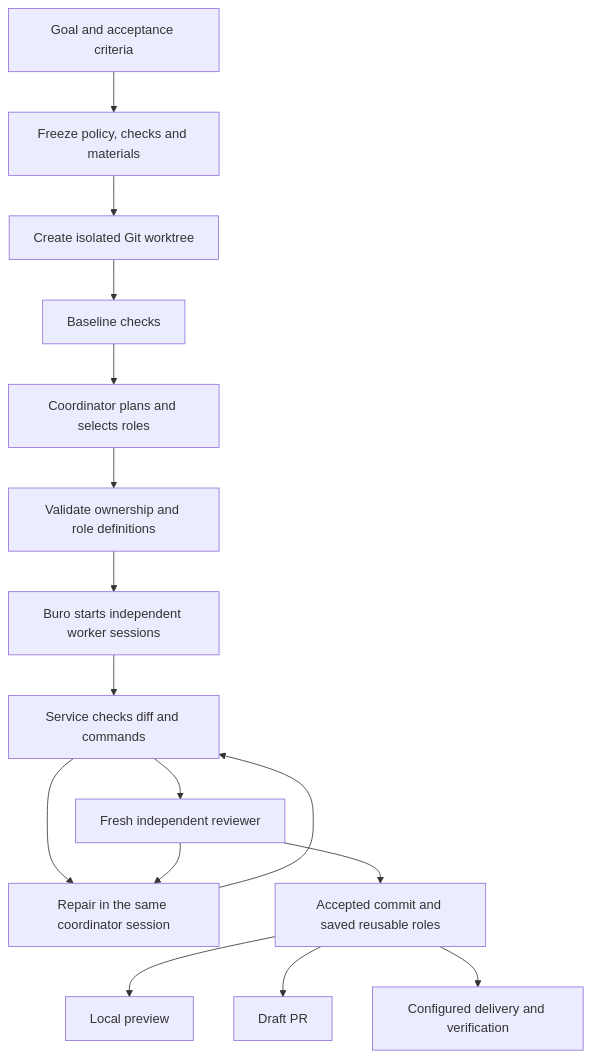
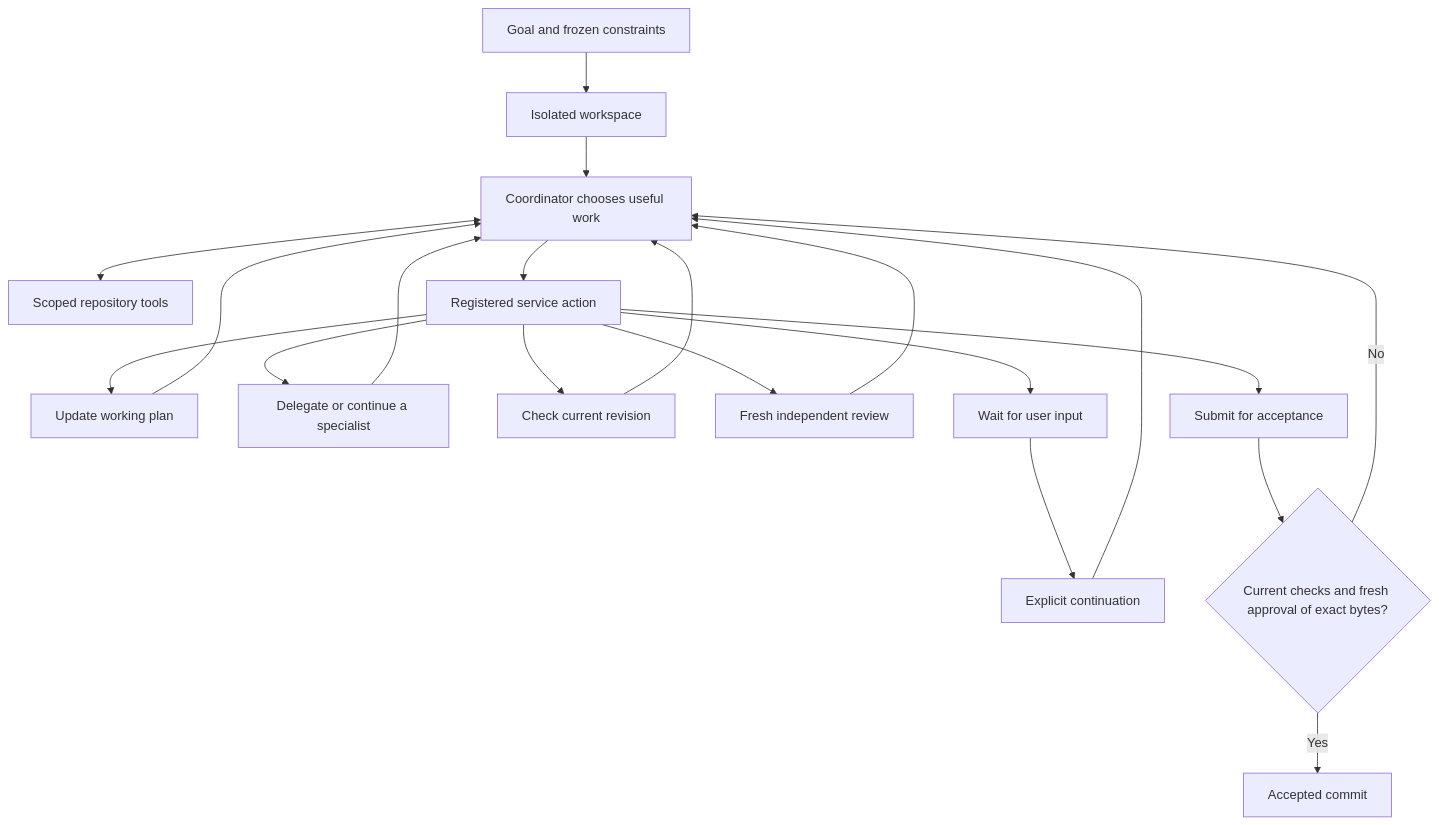
The diagram in GOAL-EXECUTION-POC.md (buro-hq/buro), drawn with Mermaid before and after one commit. The commit also changed other lines of this file and 127 other files, not shown here.

Commit message:
Let the coordinator choose execution actions

````diff
--- a/GOAL-EXECUTION-POC.md
+++ b/GOAL-EXECUTION-POC.md
@@ -7,18 +7,22 @@
 ```mermaid
 flowchart TD
-  Goal[Goal and acceptance criteria] --> Freeze[Freeze policy, checks and materials]
-  Freeze --> Workspace[Create isolated Git worktree]
-  Workspace --> Baseline[Baseline checks]
-  Baseline --> Plan[Coordinator plans and selects roles]
-  Plan --> Validate[Validate ownership and role definitions]
-  Validate --> Workers[Buro starts independent worker sessions]
-  Workers --> Checks[Service checks diff and commands]
-  Checks --> Review[Fresh independent reviewer]
-  Checks --> Repair[Repair in the same coordinator session]
-  Review --> Repair
-  Repair --> Checks
-  Review --> Accept[Accepted commit and saved reusable roles]
-  Accept --> Inspect[Local preview]
-  Accept --> PR[Draft PR]
-  Accept --> Delivery[Configured delivery and verification]
+  Goal[Goal and frozen constraints] --> Workspace[Isolated workspace]
+  Workspace --> AI[Coordinator chooses useful work]
+  AI <--> Tools[Scoped repository tools]
+  AI --> Actions[Registered service action]
+  Actions --> Plan[Update working plan]
+  Actions --> Delegate[Delegate or continue a specialist]
+  Actions --> Check[Check current revision]
+  Actions --> Review[Fresh independent review]
+  Actions --> Ask[Wait for user input]
+  Plan --> AI
+  Delegate --> AI
+  Check --> AI
+  Review --> AI
+  Ask --> Resume[Explicit continuation]
+  Resume --> AI
+  Actions --> Finish[Submit for acceptance]
+  Finish --> Guard{Current checks and fresh approval of exact bytes?}
+  Guard -->|No| AI
+  Guard -->|Yes| Accepted[Accepted commit]
 ```
````
